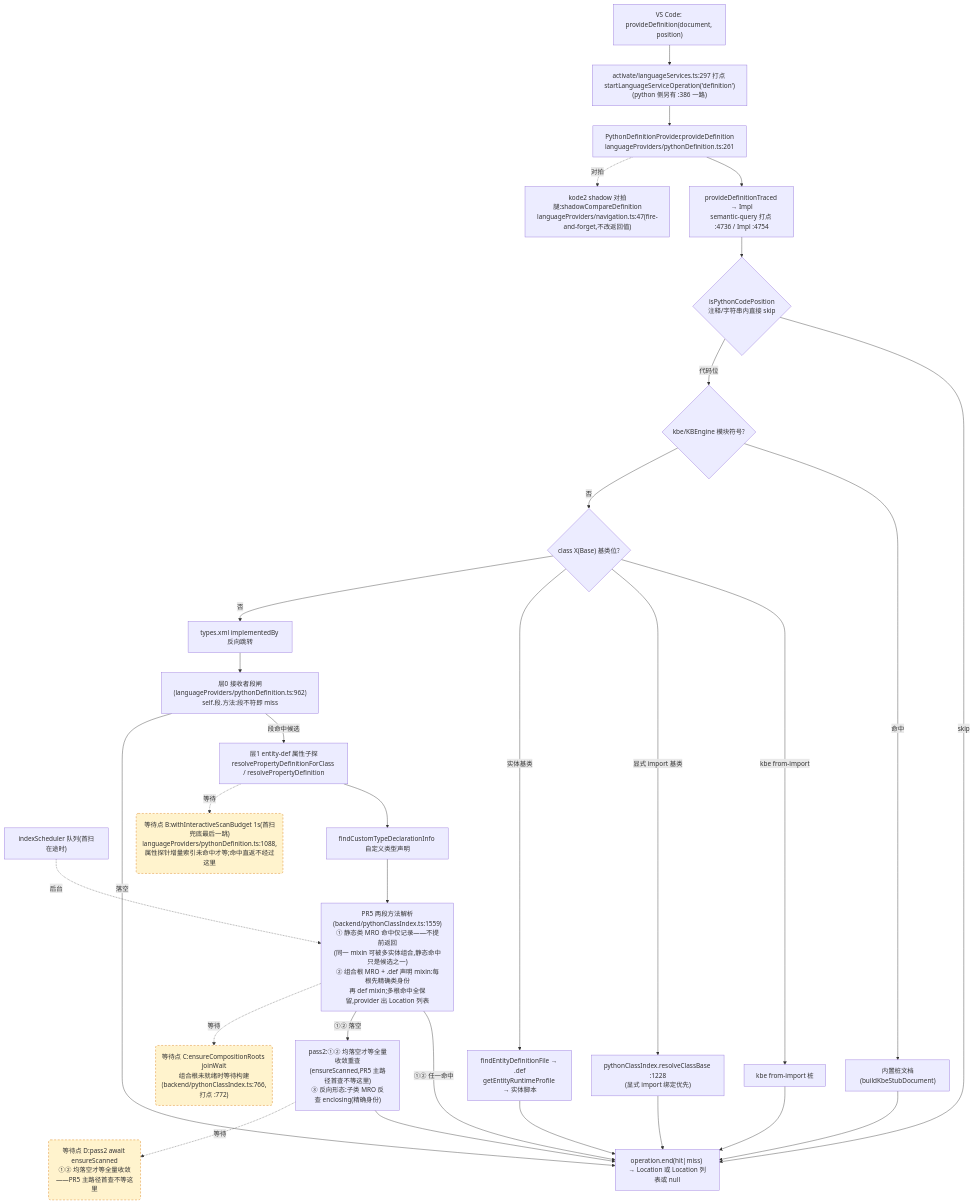
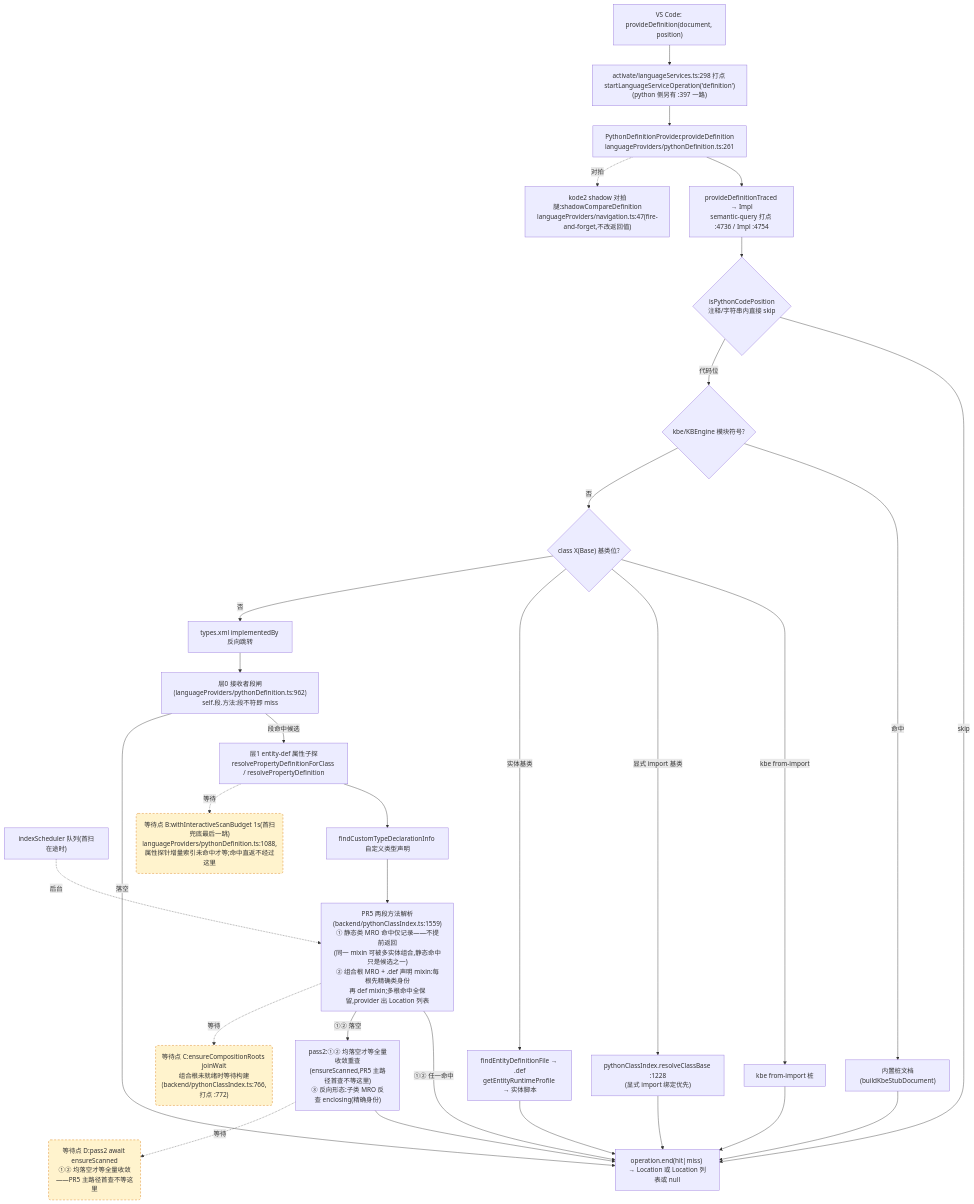
The second of 4 diagrams in docs/perf/2026-baseline.md (cuihairu/kode), drawn with Mermaid before and after one commit. The commit also changed other lines of this file and 7 other files, not shown here.

````diff
--- a/docs/perf/2026-baseline.md
+++ b/docs/perf/2026-baseline.md
@@ -148,51 +149,51 @@
 ```mermaid
 flowchart TD
   VC2["VS Code: provideDefinition(document, position)"]
-  M2["activate/languageServices.ts:297 打点 startLanguageServiceOperation('definition')<br/>(python 侧另有 :386 一路)"]
+  M2["activate/languageServices.ts:298 打点 startLanguageServiceOperation('definition')<br/>(python 侧另有 :397 一路)"]
   AD2["PythonDefinitionProvider.provideDefinition<br/>languageProviders/pythonDefinition.ts:261"]
   TR["provideDefinitionTraced → Impl<br/>semantic-query 打点 :4736 / Impl :4754"]
   CTX{"isPythonCodePosition<br/>注释/字符串内直接 skip"}
   KBE{"kbe/KBEngine 模块符号?"}
   STUB["内置桩文档(buildKbeStubDocument)"]
   CB{"class X(Base) 基类位?"}
   CB1["kbe from-import 桩"]
   CB2["pythonClassIndex.resolveClassBase :1228<br/>(显式 import 绑定优先)"]
   CB3["findEntityDefinitionFile → .def<br/>getEntityRuntimeProfile → 实体脚本"]
   REV["types.xml implementedBy 反向跳转"]
   L0["层0 接收者段闸(languageProviders/pythonDefinition.ts:962)<br/>self.段.方法:段不符即 miss"]
   L1["层1 entity-def 属性子探<br/>resolvePropertyDefinitionForClass / resolvePropertyDefinition"]
   SCAN["indexScheduler 队列(首扫在途时)"]
   TY["findCustomTypeDeclarationInfo 自定义类型声明"]
   MRO["PR5 两段方法解析(backend/pythonClassIndex.ts:1559)<br/>① 静态类 MRO 命中仅记录——不提前返回<br/>(同一 mixin 可被多实体组合,静态命中只是候选之一)<br/>② 组合根 MRO + .def 声明 mixin:每根先精确类身份<br/>再 def mixin;多根命中全保留,provider 出 Location 列表"]
   PASS2["pass2:①② 均落空才等全量收敛重查<br/>(ensureScanned,PR5 主路径首查不等这里)<br/>③ 反向形态:子类 MRO 反查 enclosing(精确身份)"]
   SHD["kode2 shadow 对拍腿:shadowCompareDefinition<br/>languageProviders/navigation.ts:47(fire-and-forget,不改返回值)"]
   END2["operation.end(hit|miss) → Location 或 Location 列表或 null"]
 
   VC2 --> M2 --> AD2 --> TR --> CTX
   CTX -- "skip" --> END2
   CTX -- "代码位" --> KBE
   KBE -- "命中" --> STUB --> END2
   KBE -- "否" --> CB
   CB -- "kbe from-import" --> CB1 --> END2
   CB -- "显式 import 基类" --> CB2 --> END2
   CB -- "实体基类" --> CB3 --> END2
   CB -- "否" --> REV --> L0
   L0 -- "段命中候选" --> L1
   L0 -- "落空" --> END2
   L1 --> TY
   TY --> MRO
   MRO -- "①② 任一命中" --> END2
   MRO -- "①② 落空" --> PASS2 --> END2
   AD2 -.->|对拍| SHD
 
   WAITB("等待点 B:withInteractiveScanBudget 1s(首扫兜底最后一跳)<br/>languageProviders/pythonDefinition.ts:1088,属性探针增量索引未命中才等;命中直返不经过这里")
   WAITC("等待点 C:ensureCompositionRoots joinWait<br/>组合根未就绪时等待构建(backend/pythonClassIndex.ts:766,打点 :772)")
   WAITD("等待点 D:pass2 await ensureScanned<br/>①② 均落空才等全量收敛——PR5 主路径首查不等这里")
   L1 -.->|等待| WAITB
   MRO -.->|等待| WAITC
   PASS2 -.->|等待| WAITD
   SCAN -.->|后台| MRO
 
   classDef waitPoint fill:#fff3cd,stroke:#d97706,stroke-dasharray:5 4;
   class WAITB,WAITC,WAITD waitPoint;
 ```
````
